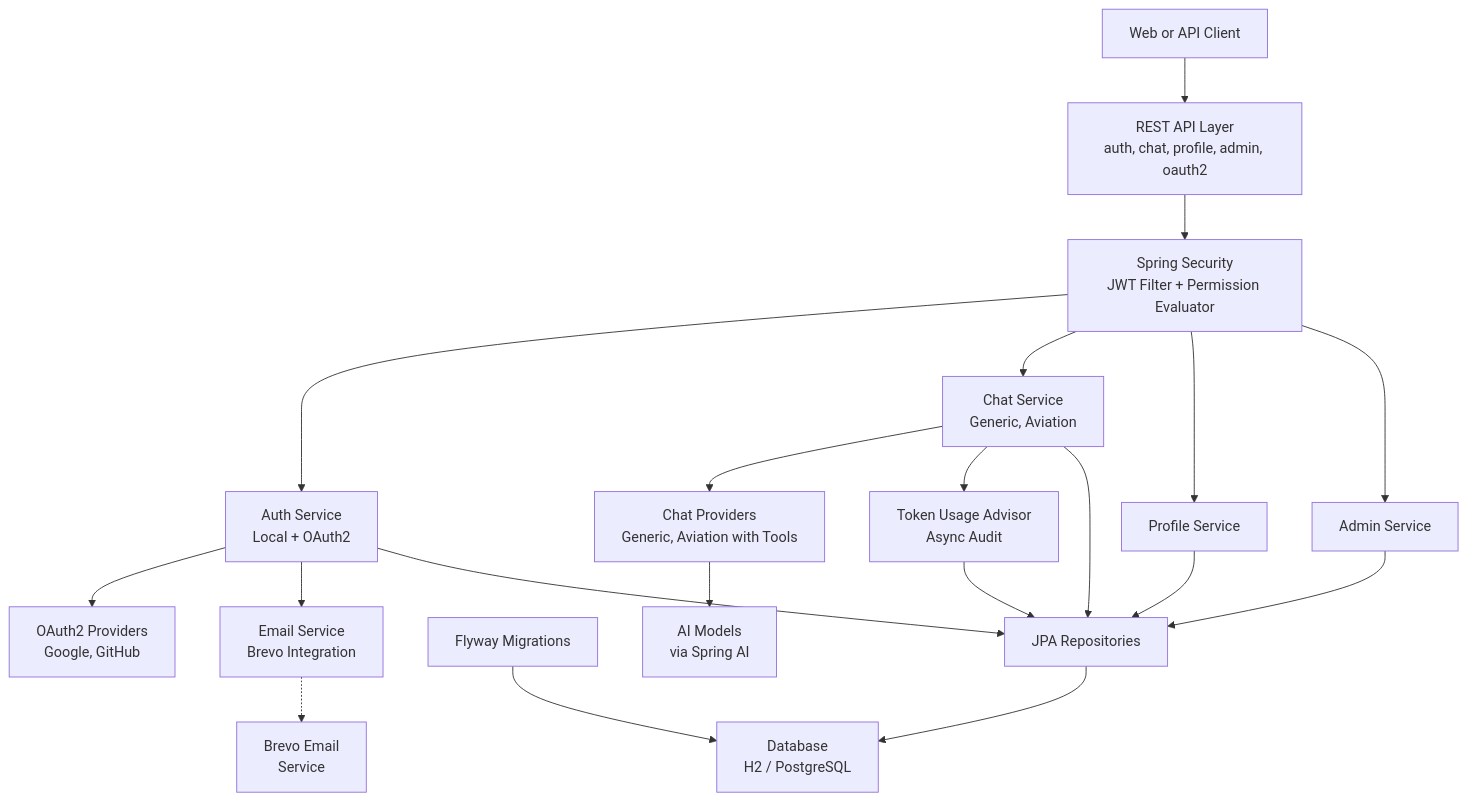
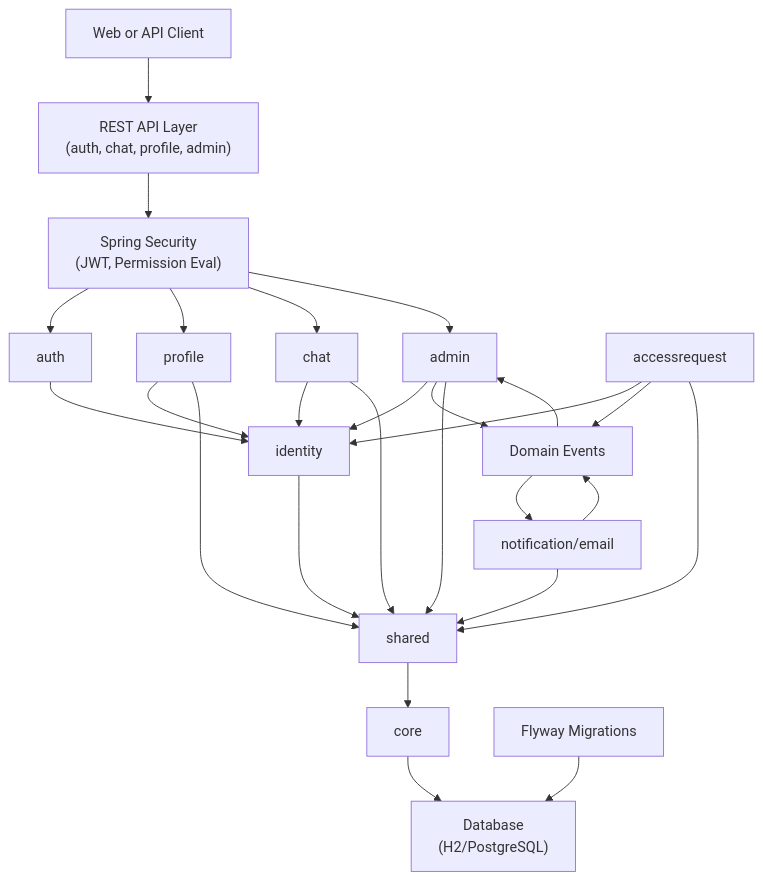
Before and after one commit to arsan13/ai-services-core: the diagram in README.md, drawn with Mermaid. The commit also changed other lines of this file, not shown here.

````diff
--- a/README.md
+++ b/README.md
@@ -74,49 +74,48 @@
 ```mermaid
 flowchart TD
   Client["Web or API Client"]
+  API["REST API Layer\n(auth, chat, profile, admin)"]
+  Security["Spring Security\n(JWT, Permission Eval)"]
   
-  API["REST API Layer<br/>auth, chat, profile, admin, oauth2"]
-  Security["Spring Security<br/>JWT Filter + Permission Evaluator"]
+  Auth["auth"]
+  Profile["profile"]
+  Chat["chat"]
+  Admin["admin"]
+  AccessRequest["accessrequest"]
+  Identity["identity"]
+  Notification["notification/email"]
+  Shared["shared"]
+  Core["core"]
   
-  AuthSvc["Auth Service<br/>Local + OAuth2"]
-  ChatSvc["Chat Service<br/>Generic, Aviation"]
-  ProfileSvc["Profile Service"]
-  AdminSvc["Admin Service"]
-  EmailSvc["Email Service<br/>Brevo Integration"]
-  
-  ChatProviders["Chat Providers<br/>Generic, Aviation with Tools"]
-  TokenAudit["Token Usage Advisor<br/>Async Audit"]
-  
-  Repos["JPA Repositories"]
+  Events["Domain Events"]
+  DB["Database\n(H2/PostgreSQL)"]
   Migrations["Flyway Migrations"]
-  
-  OAuth["OAuth2 Providers<br/>Google, GitHub"]
-  AIModels["AI Models<br/>via Spring AI"]
-  
-  DB["Database<br/>H2 / PostgreSQL"]
   
   Client --> API
   API --> Security
-  Security --> AuthSvc
-  Security --> ChatSvc
-  Security --> ProfileSvc
-  Security --> AdminSvc
+  Security --> Auth
+  Security --> Profile
+  Security --> Chat
+  Security --> Admin
   
-  AuthSvc --> OAuth
-  AuthSvc --> EmailSvc
+  Auth --> Identity
+  Profile --> Identity
+  Chat --> Identity
+  Admin --> Identity
+  AccessRequest --> Identity
+  AccessRequest --> Events
+  Events --> Admin
+  Events --> Notification
+  Admin --> Events
+  Notification --> Events
   
-  ChatSvc --> ChatProviders
-  ChatProviders --> AIModels
-  ChatSvc --> TokenAudit
-  
-  EmailSvc -.-> Brevo["Brevo Email<br/>Service"]
-  
-  AuthSvc --> Repos
-  ChatSvc --> Repos
-  ProfileSvc --> Repos
-  AdminSvc --> Repos
-  TokenAudit --> Repos
-  
-  Repos --> DB
+  Identity --> Shared
+  AccessRequest --> Shared
+  Admin --> Shared
+  Profile --> Shared
+  Chat --> Shared
+  Notification --> Shared
+  Shared --> Core
+  Core --> DB
   Migrations --> DB
 ```
````
